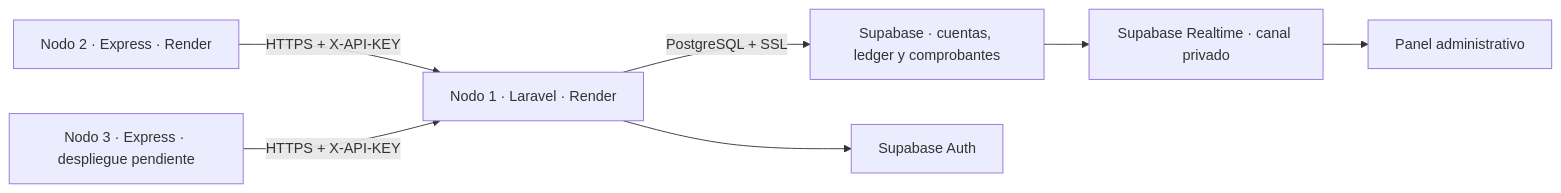
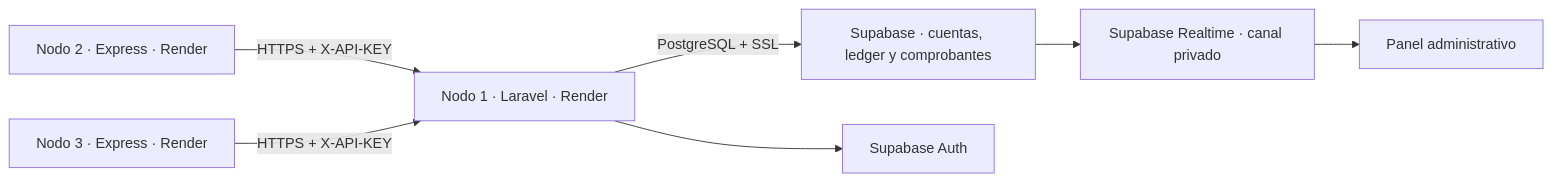
The diagram in README.md (Shinra3245/EXAMEN_2_TOPWEB_NODO_1), drawn with Mermaid before and after one commit. The commit also changed other lines of this file and 8 other files, not shown here.

Commit message:
Publish verified three-node Postman flow and remove obsolete credential diagnostic

````diff
--- a/README.md
+++ b/README.md
@@ -15,9 +15,9 @@
 ```mermaid
 flowchart LR
   S["Nodo 2 · Express · Render"] -->|HTTPS + X-API-KEY| C["Nodo 1 · Laravel · Render"]
-  A["Nodo 3 · Express · despliegue pendiente"] -->|HTTPS + X-API-KEY| C
+  A["Nodo 3 · Express · Render"] -->|HTTPS + X-API-KEY| C
   C -->|PostgreSQL + SSL| D["Supabase · cuentas, ledger y comprobantes"]
   C --> U["Supabase Auth"]
   D --> R["Supabase Realtime · canal privado"]
   R --> P["Panel administrativo"]
 ```
````
